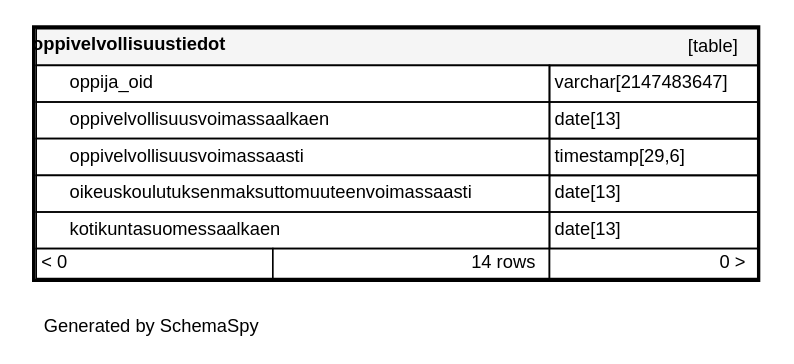
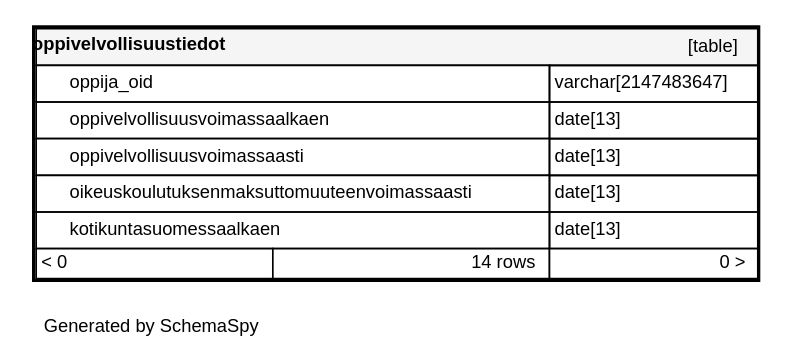
Before and after one commit to Opetushallitus/koski: the diagram in documentation/tietokantaskeemat/koski-raportointikanta/diagrams/tables/oppivelvollisuustiedot.1degree.dot, drawn with Graphviz. The commit also changed 108 other files, not shown here.

```diff
--- a/documentation/tietokantaskeemat/koski-raportointikanta/diagrams/tables/oppivelvollisuustiedot.1degree.dot
+++ b/documentation/tietokantaskeemat/koski-raportointikanta/diagrams/tables/oppivelvollisuustiedot.1degree.dot
@@ -1,18 +1,18 @@
 digraph "oneDegreeRelationshipsDiagram" {
   graph [    rankdir="RL"    bgcolor="#ffffff"    label="\nGenerated by SchemaSpy"    labeljust="l"    nodesep="0.18"    ranksep="0.46"    fontname="Helvetica"    fontsize="11"    ration="compress"  ];  node [    fontname="Helvetica"    fontsize="11"    shape="plaintext"  ];  edge [    arrowsize="0.8"  ];
   "oppivelvollisuustiedot" [
    label=<
     <TABLE BORDER="2" CELLBORDER="1" CELLSPACING="0" BGCOLOR="#ffffff">
       <TR><TD COLSPAN="4"  BGCOLOR="#f5f5f5"><TABLE BORDER="0" CELLSPACING="0"><TR><TD ALIGN="LEFT" FIXEDSIZE="TRUE" WIDTH="126" HEIGHT="16"><B>oppivelvollisuustiedot</B></TD><TD ALIGN="RIGHT">[table]</TD></TR></TABLE></TD></TR>
       <TR><TD PORT="oppija_oid" COLSPAN="2" BGCOLOR="#ffffff" ALIGN="LEFT"><TABLE BORDER="0" CELLSPACING="0" ALIGN="LEFT"><TR ALIGN="LEFT"><TD ALIGN="LEFT" FIXEDSIZE="TRUE" WIDTH="15" HEIGHT="16"></TD><TD ALIGN="LEFT" FIXEDSIZE="TRUE" WIDTH="287" HEIGHT="16">oppija_oid</TD></TR></TABLE></TD><TD PORT="oppija_oid.type" ALIGN="LEFT">varchar[2147483647]</TD></TR>
       <TR><TD PORT="oppivelvollisuusvoimassaalkaen" COLSPAN="2" ALIGN="LEFT"><TABLE BORDER="0" CELLSPACING="0" ALIGN="LEFT"><TR ALIGN="LEFT"><TD ALIGN="LEFT" FIXEDSIZE="TRUE" WIDTH="15" HEIGHT="16"></TD><TD ALIGN="LEFT" FIXEDSIZE="TRUE" WIDTH="287" HEIGHT="16">oppivelvollisuusvoimassaalkaen</TD></TR></TABLE></TD><TD PORT="oppivelvollisuusvoimassaalkaen.type" ALIGN="LEFT">date[13]</TD></TR>
-      <TR><TD PORT="oppivelvollisuusvoimassaasti" COLSPAN="2" BGCOLOR="#ffffff" ALIGN="LEFT"><TABLE BORDER="0" CELLSPACING="0" ALIGN="LEFT"><TR ALIGN="LEFT"><TD ALIGN="LEFT" FIXEDSIZE="TRUE" WIDTH="15" HEIGHT="16"></TD><TD ALIGN="LEFT" FIXEDSIZE="TRUE" WIDTH="287" HEIGHT="16">oppivelvollisuusvoimassaasti</TD></TR></TABLE></TD><TD PORT="oppivelvollisuusvoimassaasti.type" ALIGN="LEFT">timestamp[29,6]</TD></TR>
+      <TR><TD PORT="oppivelvollisuusvoimassaasti" COLSPAN="2" BGCOLOR="#ffffff" ALIGN="LEFT"><TABLE BORDER="0" CELLSPACING="0" ALIGN="LEFT"><TR ALIGN="LEFT"><TD ALIGN="LEFT" FIXEDSIZE="TRUE" WIDTH="15" HEIGHT="16"></TD><TD ALIGN="LEFT" FIXEDSIZE="TRUE" WIDTH="287" HEIGHT="16">oppivelvollisuusvoimassaasti</TD></TR></TABLE></TD><TD PORT="oppivelvollisuusvoimassaasti.type" ALIGN="LEFT">date[13]</TD></TR>
       <TR><TD PORT="oikeuskoulutuksenmaksuttomuuteenvoimassaasti" COLSPAN="2" BGCOLOR="#ffffff" ALIGN="LEFT"><TABLE BORDER="0" CELLSPACING="0" ALIGN="LEFT"><TR ALIGN="LEFT"><TD ALIGN="LEFT" FIXEDSIZE="TRUE" WIDTH="15" HEIGHT="16"></TD><TD ALIGN="LEFT" FIXEDSIZE="TRUE" WIDTH="287" HEIGHT="16">oikeuskoulutuksenmaksuttomuuteenvoimassaasti</TD></TR></TABLE></TD><TD PORT="oikeuskoulutuksenmaksuttomuuteenvoimassaasti.type" ALIGN="LEFT">date[13]</TD></TR>
       <TR><TD PORT="kotikuntasuomessaalkaen" COLSPAN="2" ALIGN="LEFT"><TABLE BORDER="0" CELLSPACING="0" ALIGN="LEFT"><TR ALIGN="LEFT"><TD ALIGN="LEFT" FIXEDSIZE="TRUE" WIDTH="15" HEIGHT="16"></TD><TD ALIGN="LEFT" FIXEDSIZE="TRUE" WIDTH="287" HEIGHT="16">kotikuntasuomessaalkaen</TD></TR></TABLE></TD><TD PORT="kotikuntasuomessaalkaen.type" ALIGN="LEFT">date[13]</TD></TR>
       <TR><TD ALIGN="LEFT" BGCOLOR="#ffffff">&lt; 0</TD><TD ALIGN="RIGHT" BGCOLOR="#ffffff">14 rows</TD><TD ALIGN="RIGHT" BGCOLOR="#ffffff">0 &gt;</TD></TR>
     </TABLE>>
     URL="../../tables/oppivelvollisuustiedot.html"
     target="_top"
     tooltip="oppivelvollisuustiedot"
   ];
 }
```
